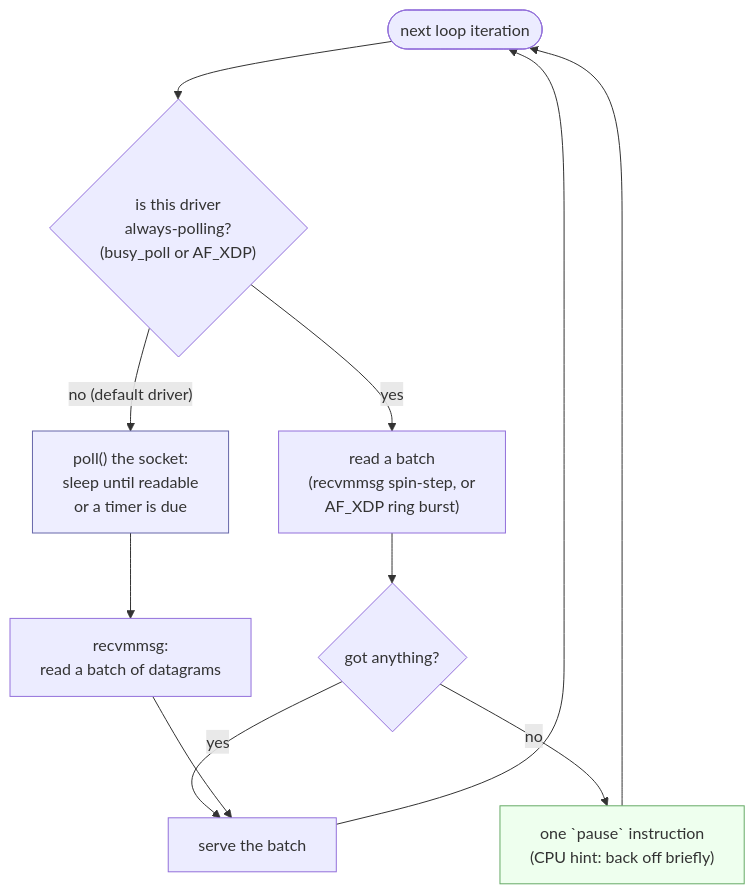
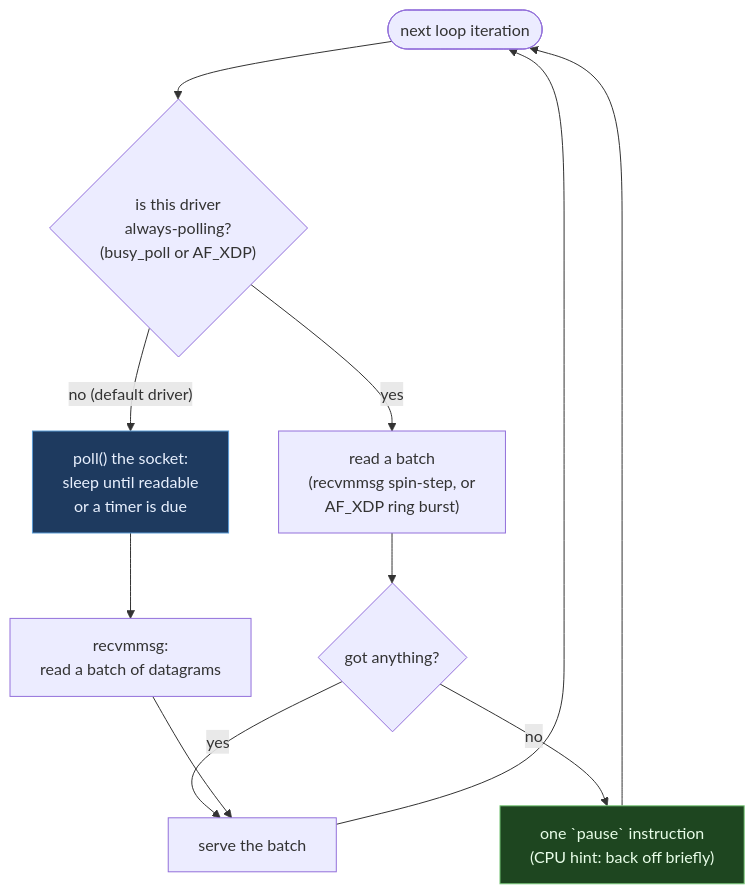
The seventh of 7 diagrams in docs/arch/overview.md (Hakkadaikon/wired), drawn with Mermaid before and after one commit. The commit also changed other lines of this file, not shown here.

First line of the commit message:
docs(arch): switch mermaid node styling to dark fills with light text

````diff
--- a/docs/arch/overview.md
+++ b/docs/arch/overview.md
@@ -188,16 +188,16 @@
 ```mermaid
 graph TB
     start(["next loop iteration"]) --> polling{"is this driver\nalways-polling?\n(busy_poll or AF_XDP)"}
     polling -- "no (default driver)" --> block["poll() the socket:\nsleep until readable\nor a timer is due"]
     block --> recv1["recvmmsg:\nread a batch of datagrams"]
     polling -- "yes" --> recv2["read a batch\n(recvmmsg spin-step, or\nAF_XDP ring burst)"]
     recv2 --> empty{"got anything?"}
     empty -- "no" --> pauseinsn["one `pause` instruction\n(CPU hint: back off briefly)"]
     pauseinsn --> start
     empty -- "yes" --> serve["serve the batch"]
     recv1 --> serve
     serve --> start
 
-    style block fill:#eef,stroke:#66a
-    style pauseinsn fill:#efe,stroke:#6a6
+    style block fill:#1e3a5f,stroke:#5b9bd5,color:#e8f0fe
+    style pauseinsn fill:#1e4620,stroke:#7ac97a,color:#e8fde8
 ```
````
